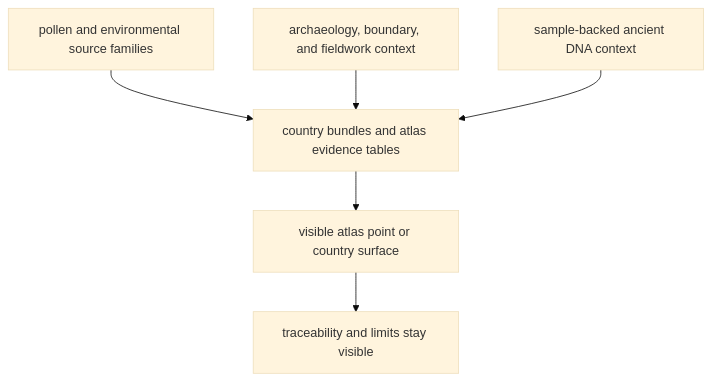
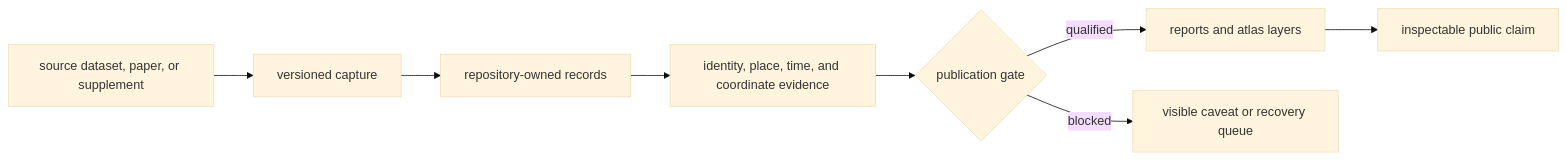
Before and after one commit to bijux/bijux-pollenomics: the diagram in docs/index.md, drawn with Mermaid (base theme). The commit also changed other lines of this file and 1 other file, not shown here.

Commit message:
docs(home): present curated evidence lineage

````diff
--- a/docs/index.md
+++ b/docs/index.md
@@ -56,15 +56,10 @@
 ```mermaid
-flowchart TB
-    pollen["pollen and environmental source families"]
-    context["archaeology, boundary, and fieldwork context"]
-    samples["sample-backed ancient DNA context"]
-    reports["country bundles and atlas evidence tables"]
-    atlas["visible atlas point or country surface"]
-    review["traceability and limits stay visible"]
-
-    pollen --> reports
-    context --> reports
-    samples --> reports
-    reports --> atlas
-    atlas --> review
+flowchart LR
+    Source["source dataset, paper, or supplement"] --> Capture["versioned capture"]
+    Capture --> Normalize["repository-owned records"]
+    Normalize --> Evidence["identity, place, time, and coordinate evidence"]
+    Evidence --> Gate{"publication gate"}
+    Gate -->|qualified| Reports["reports and atlas layers"]
+    Gate -->|blocked| Review["visible caveat or recovery queue"]
+    Reports --> Reader["inspectable public claim"]
 ```
````
